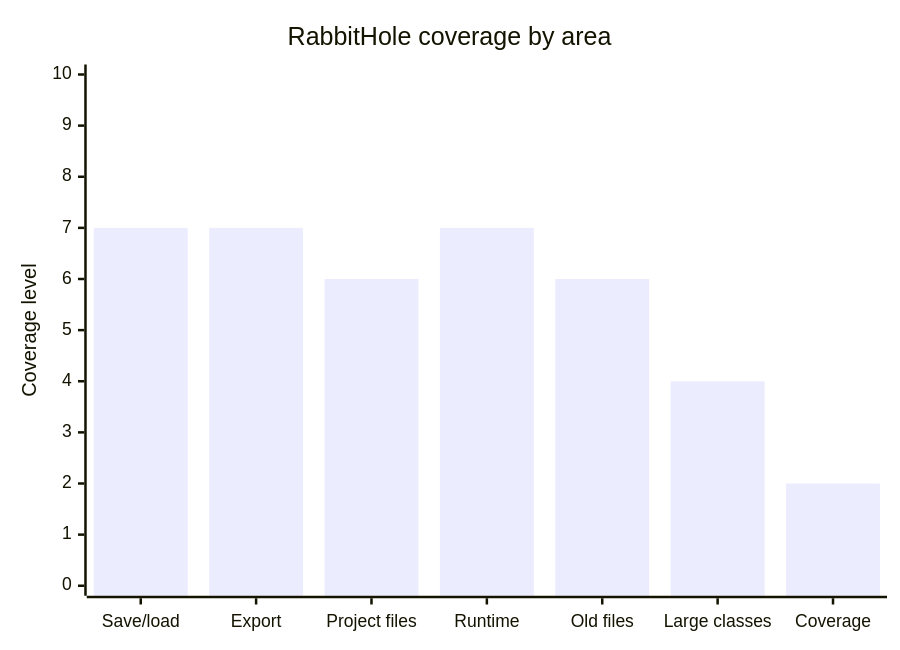
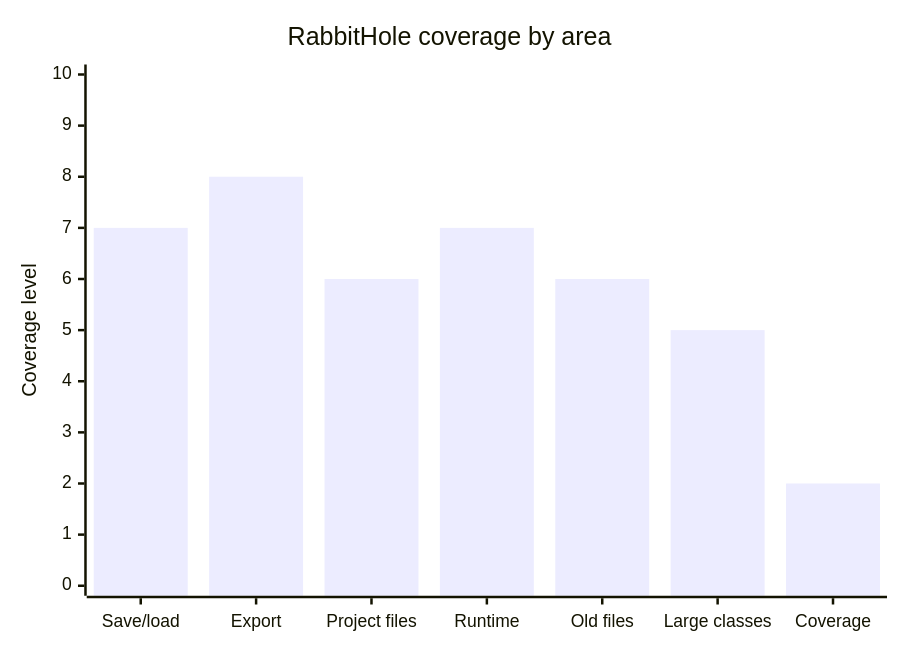
One commit to rysweet/drinkme changed the third of 6 diagrams in README.md. Above: the diagram before and after it, drawn with Mermaid. The commit also changed other lines of this file and 2 other files, not shown here.

````diff
--- a/README.md
+++ b/README.md
@@ -76,7 +76,7 @@
 ```mermaid
 xychart-beta
   title "RabbitHole coverage by area"
   x-axis ["Save/load", "Export", "Project files", "Runtime", "Old files", "Large classes", "Coverage"]
   y-axis "Coverage level" 0 --> 10
-  bar [7, 7, 6, 7, 6, 4, 2]
+  bar [7, 8, 6, 7, 6, 5, 2]
 ```
````
